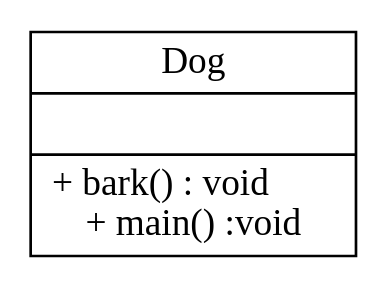
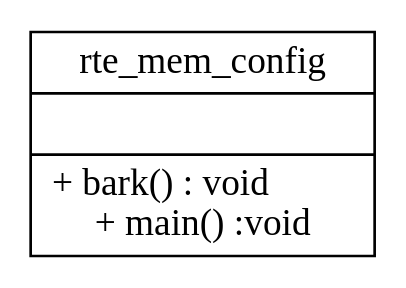
The diagram in dpdk/内存管理.md (sisyphus1212/note), drawn with Graphviz before and after one commit.

Commit message:
auto_update

````diff
--- a/dpdk/内存管理.md
+++ b/dpdk/内存管理.md
@@ -16,5 +16,5 @@
 ```graphviz
 digraph {
-	rte_mem_config[label = "{Dog| |+ bark() : void\l + main() :void}" , shape = "record"];
+	rte_mem_config[label = "{rte_mem_config| |+ bark() : void\l + main() :void}" , shape = "record"];
 }
 ```
````
